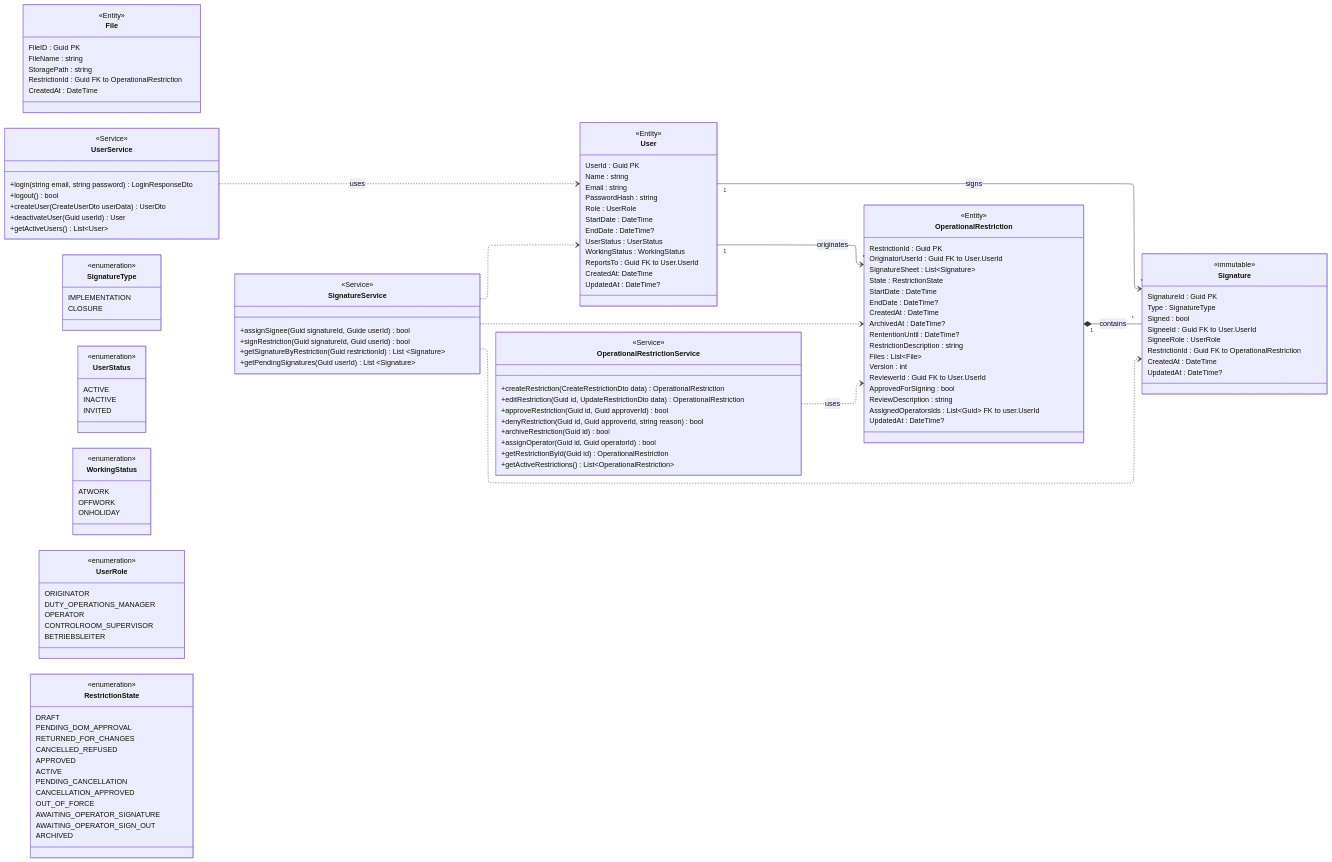
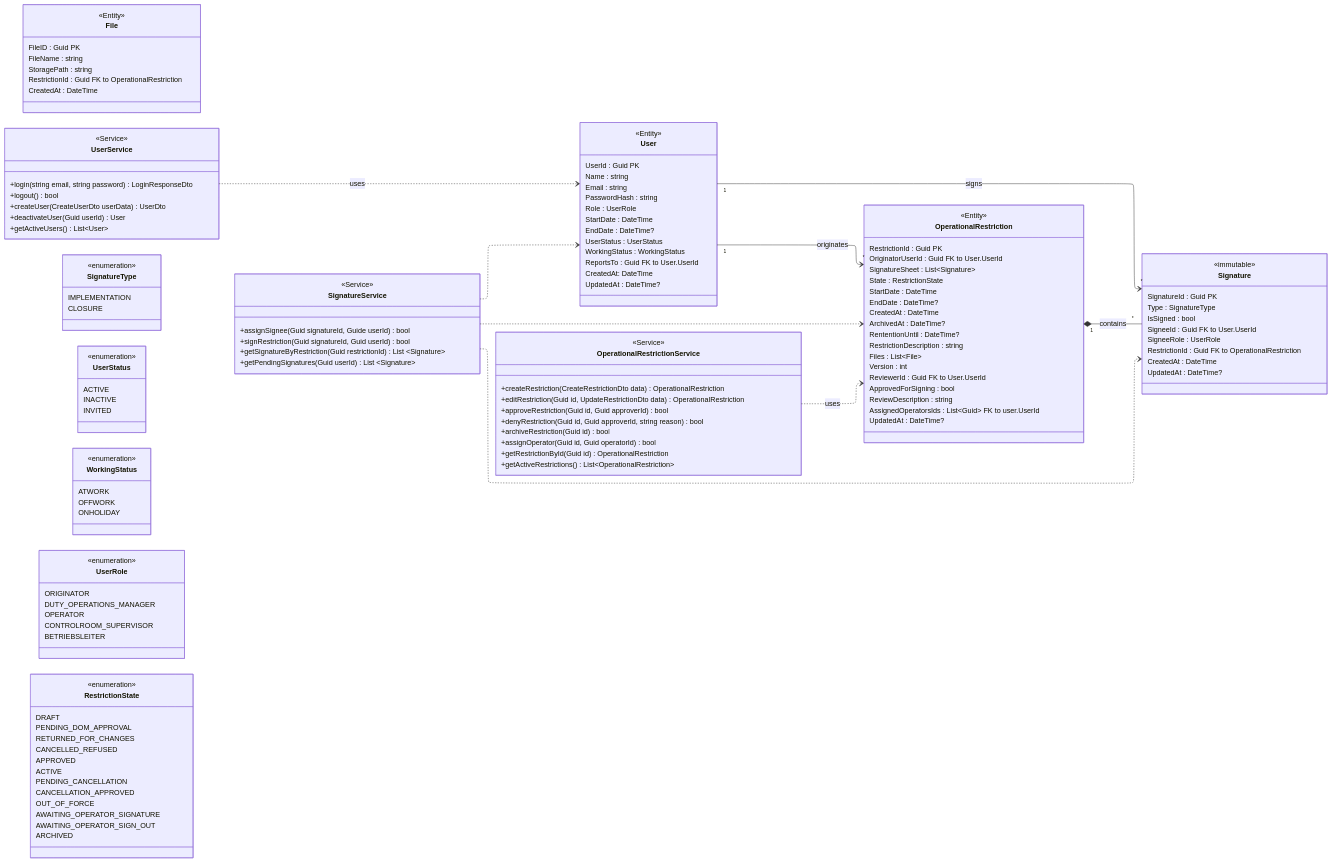
Before and after one commit to Bbay1-aau/case-c-operational-restrictions: the diagram in diagrams/MET-C-041.mmd, drawn with Mermaid. The commit also changed 9 other files, not shown here.

```diff
--- a/diagrams/MET-C-041.mmd
+++ b/diagrams/MET-C-041.mmd
@@ -1,167 +1,167 @@
 ---
 config:
   layout: elk
 ---
 classDiagram
 direction LR
 
 %% =========================
 %% ENTITIES
 %% =========================
 
 class Signature {
     <<immutable>>
     SignatureId : Guid  PK
     Type : SignatureType 
-    Signed : bool 
+    IsSigned : bool 
     SigneeId : Guid  FK to User.UserId
     SigneeRole : UserRole 
     RestrictionId : Guid  FK to OperationalRestriction
     CreatedAt : DateTime 
     UpdatedAt : DateTime? 
 }
 
 class User {
     <<Entity>>
     UserId : Guid  PK
     Name : string 
     Email : string 
     PasswordHash : string 
     Role : UserRole 
     StartDate : DateTime 
     EndDate : DateTime? 
     UserStatus : UserStatus 
     WorkingStatus : WorkingStatus 
     ReportsTo : Guid  FK to User.UserId
     CreatedAt: DateTime 
     UpdatedAt : DateTime? 
 }
 
 class OperationalRestriction {
     <<Entity>>
     RestrictionId : Guid  PK
     OriginatorUserId : Guid  FK to User.UserId
     SignatureSheet : List~Signature~ 
     State : RestrictionState 
     StartDate : DateTime 
     EndDate : DateTime? 
     CreatedAt : DateTime 
     ArchivedAt : DateTime?
     RententionUntil : DateTime?
     RestrictionDescription : string 
     Files : List~File~ 
     Version : int 
     ReviewerId : Guid  FK to User.UserId
     ApprovedForSigning : bool 
     ReviewDescription : string 
     AssignedOperatorsIds : List~Guid~  FK to user.UserId
     UpdatedAt : DateTime? 
 }
 
 class File {
     <<Entity>>
     FileID : Guid  PK
     FileName : string 
     StoragePath : string 
     RestrictionId : Guid  FK to OperationalRestriction
     CreatedAt : DateTime 
 }
 
 %% =========================
 %% SERVICES
 %% =========================
 
 class UserService {
     <<Service>>
     +login(string email, string password) LoginResponseDto
     +logout() bool
     +createUser(CreateUserDto userData) UserDto
     +deactivateUser(Guid userId) User
     +getActiveUsers() List~User~
 }
 
 class OperationalRestrictionService {
     <<Service>>
     +createRestriction(CreateRestrictionDto data) OperationalRestriction
     +editRestriction(Guid id, UpdateRestrictionDto data) OperationalRestriction
     +approveRestriction(Guid id, Guid approverId) bool
     +denyRestriction(Guid id, Guid approverId, string reason) bool
     +archiveRestriction(Guid id) bool
     +assignOperator(Guid id, Guid operatorId) bool
     +getRestrictionById(Guid id) OperationalRestriction
     +getActiveRestrictions() List~OperationalRestriction~
 
 }
 
 class SignatureService {
    <<Service>>
     +assignSignee(Guid signatureId, Guide userId) bool
     +signRestriction(Guid signatureId, Guid userId) bool
     +getSignatureByRestriction(Guid restrictionId) List ~Signature~
     +getPendingSignatures(Guid userId) List ~Signature~
 }
 
 %% =========================
 %% ENUMS
 %% =========================
 
 class SignatureType {
     <<enumeration>>
     IMPLEMENTATION
     CLOSURE
 }
 
 class UserStatus {
     <<enumeration>>
     ACTIVE
     INACTIVE
     INVITED
 }
 
 class WorkingStatus {
     <<enumeration>>
     ATWORK
     OFFWORK
     ONHOLIDAY
 }
 
 class UserRole {
     <<enumeration>>
     ORIGINATOR
     DUTY_OPERATIONS_MANAGER
     OPERATOR
     CONTROLROOM_SUPERVISOR
     BETRIEBSLEITER
 }
 
 class RestrictionState {
     <<enumeration>>
     DRAFT
     PENDING_DOM_APPROVAL
     RETURNED_FOR_CHANGES
     CANCELLED_REFUSED
     APPROVED
     ACTIVE
     PENDING_CANCELLATION
     CANCELLATION_APPROVED
     OUT_OF_FORCE
     AWAITING_OPERATOR_SIGNATURE
     AWAITING_OPERATOR_SIGN_OUT
     ARCHIVED
 }
 
 %% =========================
 %% RELATIONSHIPS
 %% =========================
 
 User "1" --> "*" Signature : signs
 UserService ..> User : uses
 
 User "1" --> "*" OperationalRestriction : originates
 OperationalRestrictionService ..> OperationalRestriction : uses
 
 OperationalRestriction "1" *-- "*" Signature : contains
 
 SignatureService ..> Signature
 SignatureService ..> User
 SignatureService ..> OperationalRestriction
```
